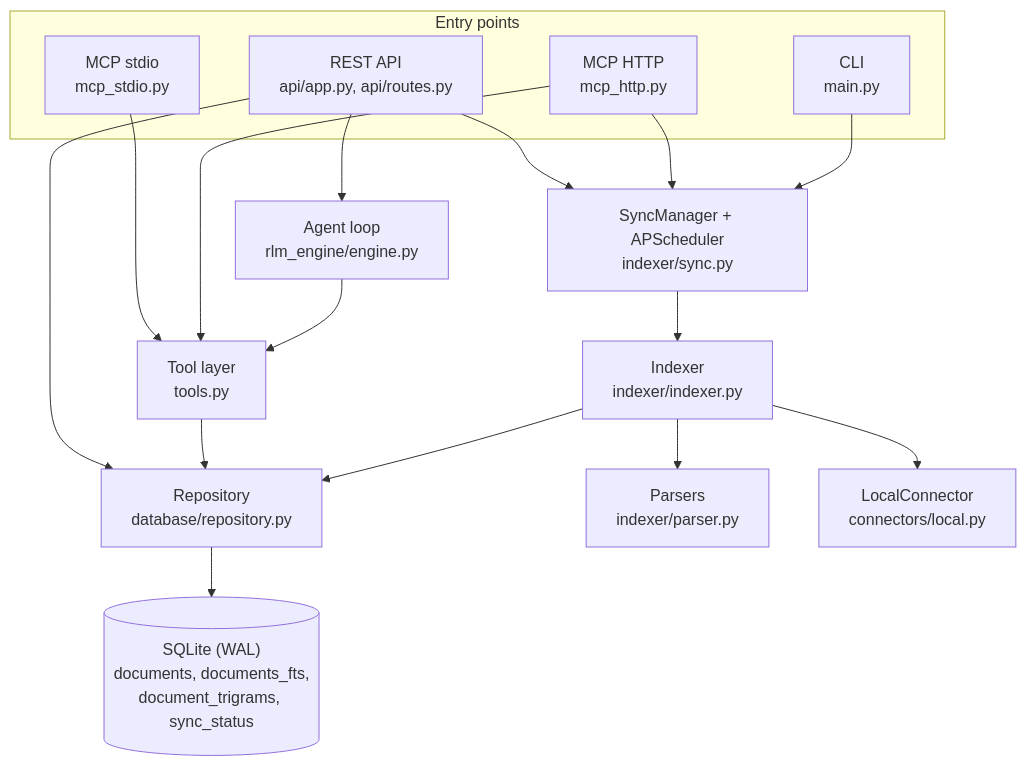
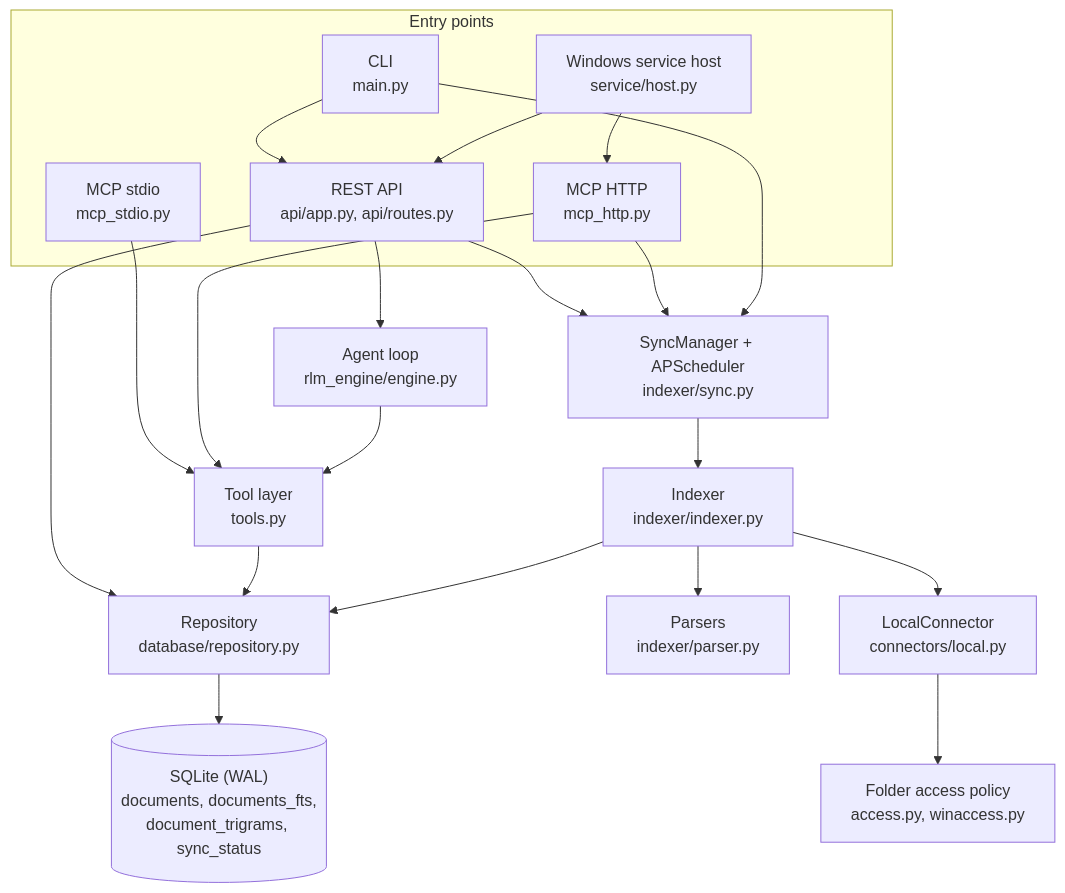
Before and after one commit to cgaeking/rootmind: the first of 2 diagrams in ARCHITECTURE.md, drawn with Mermaid. The commit also changed other lines of this file and 155 other files, not shown here.

First line of the commit message:
One-step Windows install and a supported background service (#12)

````diff
--- a/ARCHITECTURE.md
+++ b/ARCHITECTURE.md
@@ -24,32 +30,38 @@
 ```mermaid
 flowchart TB
     subgraph surfaces["Entry points"]
         rest["REST API<br/>api/app.py, api/routes.py"]
         stdio["MCP stdio<br/>mcp_stdio.py"]
         http["MCP HTTP<br/>mcp_http.py"]
         cli["CLI<br/>main.py"]
+        host["Windows service host<br/>service/host.py"]
     end
     engine["Agent loop<br/>rlm_engine/engine.py"]
     tools["Tool layer<br/>tools.py"]
     repo["Repository<br/>database/repository.py"]
     db[("SQLite (WAL)<br/>documents, documents_fts,<br/>document_trigrams, sync_status")]
     sync["SyncManager + APScheduler<br/>indexer/sync.py"]
     indexer["Indexer<br/>indexer/indexer.py"]
     parsers["Parsers<br/>indexer/parser.py"]
     conn["LocalConnector<br/>connectors/local.py"]
+    policy["Folder access policy<br/>access.py, winaccess.py"]
 
+    cli --> rest
+    host --> rest
+    host --> http
     rest --> engine
     rest --> repo
     rest --> sync
     stdio --> tools
     http --> tools
     http --> sync
     cli --> sync
     engine --> tools
     tools --> repo
     repo --> db
     sync --> indexer
     indexer --> conn
+    conn --> policy
     indexer --> parsers
     indexer --> repo
 ```
````
